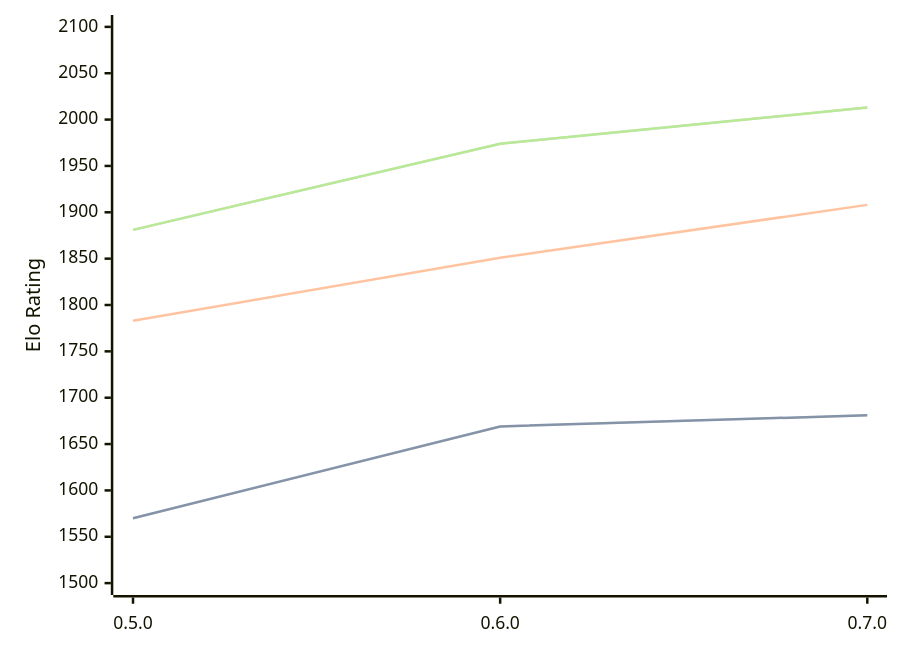
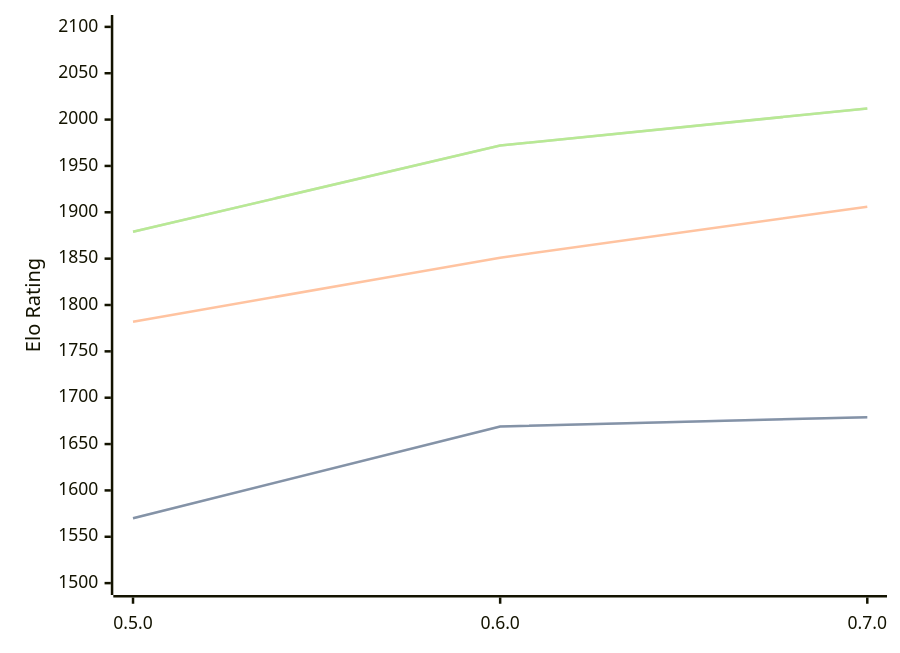
One commit to computer-chess-index/cci changed the diagram in engines/Chess-rs.md. Above: the diagram before and after it, drawn with Mermaid. The commit also changed other lines of this file, not shown here.

Commit message:
Update CCI Ratings (ELO VLTC) - 2026-08-04

````diff
--- a/engines/Chess-rs.md
+++ b/engines/Chess-rs.md
@@ -41,11 +41,11 @@
 ```mermaid
 %%{init: {"theme":"base","themeVariables":{"seriesColors:['#a3a3a3','#222221','#faa371']}}}%%
 xychart-beta
   x-axis ["0.5.0", "0.6.0", "0.7.0"]
   y-axis "Elo Rating" 1500 --> 2100
-  line "STC (8.0+0.08s)" [1570, 1669, 1681]
-  line "STC (8.0+0.08s)" [1570, 1669, 1681]
-  line "LTC (60.0+0.60s)" [1783, 1851, 1908]
-  line "VLTC (2m24s+1.12s)" [1881, 1974, 2013]
-  line "VLTC (2m24s+1.12s)" [1881, 1974, 2013]
+  line "STC (8.0+0.08s)" [1570, 1669, 1679]
+  line "STC (8.0+0.08s)" [1570, 1669, 1679]
+  line "LTC (60.0+0.60s)" [1782, 1851, 1906]
+  line "VLTC (2m24s+1.12s)" [1879, 1972, 2012]
+  line "VLTC (2m24s+1.12s)" [1879, 1972, 2012]
 ```
````
